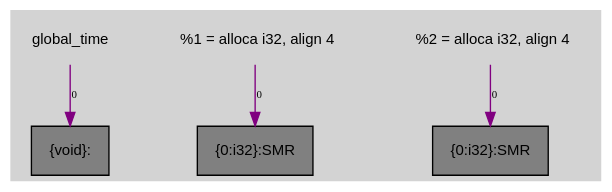
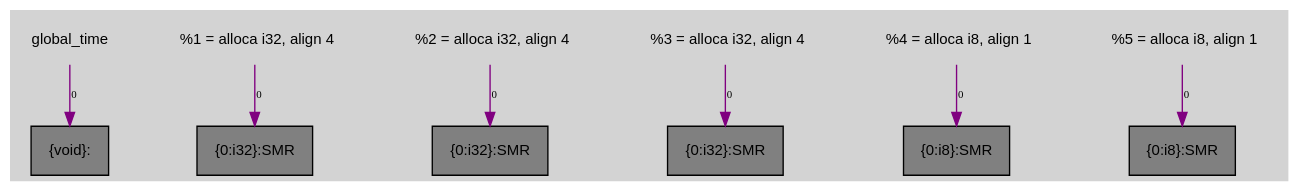
Before and after one commit to toor-de-force/ghidrall: the diagram in ghidrall/comparator/mem_results/main.mem.dot, drawn with Graphviz. The commit also changed 16 other files, not shown here.

```diff
--- a/ghidrall/comparator/mem_results/main.mem.dot
+++ b/ghidrall/comparator/mem_results/main.mem.dot
@@ -1,14 +1,23 @@
 digraph unnamed {
 	graph [center=true, ratio=true, bgcolor=lightgray, fontname=Helvetica];
 	node  [fontname=Helvetica, fontsize=11];
 
-	Node0x7fffe2d97c70 [shape=record,fillcolor=gray, style=filled,label="{\{void\}:}"];
-	Node0x7fffe2d98130 [shape=record,fillcolor=gray, style=filled,label="{\{0:i32\}:SMR}"];
-	Node0x7fffe2d981e0 [shape=record,fillcolor=gray, style=filled,label="{\{0:i32\}:SMR}"];
-	Node0x7fffe2d81848 [shape=plaintext, label ="  %2 = alloca i32, align 4"];
-	Node0x7fffe2d81848 -> Node0x7fffe2d981e0[arrowtail=tee,label="0",fontsize=8,color=purple];
-	Node0x7fffe2d7e788 [shape=plaintext, label ="global_time"];
-	Node0x7fffe2d7e788 -> Node0x7fffe2d97c70[arrowtail=tee,label="0",fontsize=8,color=purple];
-	Node0x7fffe2d817c8 [shape=plaintext, label ="  %1 = alloca i32, align 4"];
-	Node0x7fffe2d817c8 -> Node0x7fffe2d98130[arrowtail=tee,label="0",fontsize=8,color=purple];
+	Node0x7fffbc93e950 [shape=record,fillcolor=gray, style=filled,label="{\{void\}:}"];
+	Node0x7fffbc93e9e0 [shape=record,fillcolor=gray, style=filled,label="{\{0:i32\}:SMR}"];
+	Node0x7fffbc93ea90 [shape=record,fillcolor=gray, style=filled,label="{\{0:i32\}:SMR}"];
+	Node0x7fffbc93eb40 [shape=record,fillcolor=gray, style=filled,label="{\{0:i32\}:SMR}"];
+	Node0x7fffbc93ec10 [shape=record,fillcolor=gray, style=filled,label="{\{0:i8\}:SMR}"];
+	Node0x7fffbc93ed70 [shape=record,fillcolor=gray, style=filled,label="{\{0:i8\}:SMR}"];
+	Node0x7fffbc926b28 [shape=plaintext, label ="  %1 = alloca i32, align 4"];
+	Node0x7fffbc926b28 -> Node0x7fffbc93e9e0[arrowtail=tee,label="0",fontsize=8,color=purple];
+	Node0x7fffbc926ba8 [shape=plaintext, label ="  %2 = alloca i32, align 4"];
+	Node0x7fffbc926ba8 -> Node0x7fffbc93ea90[arrowtail=tee,label="0",fontsize=8,color=purple];
+	Node0x7fffbc922c98 [shape=plaintext, label ="global_time"];
+	Node0x7fffbc922c98 -> Node0x7fffbc93e950[arrowtail=tee,label="0",fontsize=8,color=purple];
+	Node0x7fffbc926d48 [shape=plaintext, label ="  %5 = alloca i8, align 1"];
+	Node0x7fffbc926d48 -> Node0x7fffbc93ed70[arrowtail=tee,label="0",fontsize=8,color=purple];
+	Node0x7fffbc926c38 [shape=plaintext, label ="  %3 = alloca i32, align 4"];
+	Node0x7fffbc926c38 -> Node0x7fffbc93eb40[arrowtail=tee,label="0",fontsize=8,color=purple];
+	Node0x7fffbc926c98 [shape=plaintext, label ="  %4 = alloca i8, align 1"];
+	Node0x7fffbc926c98 -> Node0x7fffbc93ec10[arrowtail=tee,label="0",fontsize=8,color=purple];
 }
```
